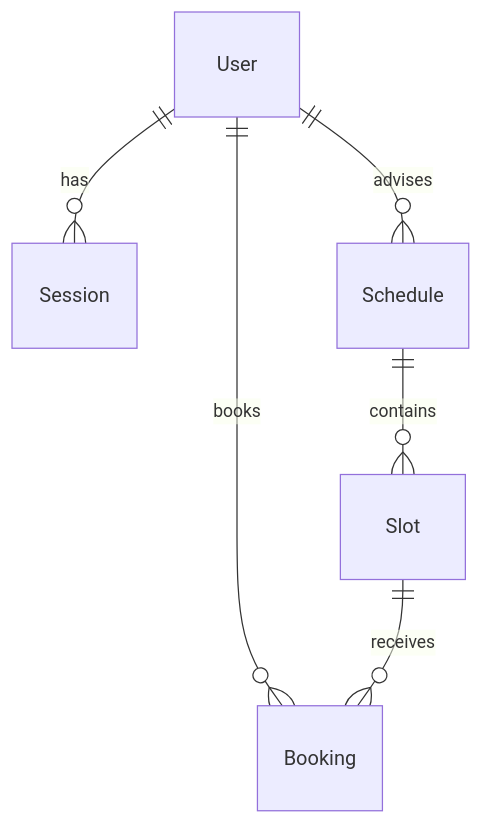
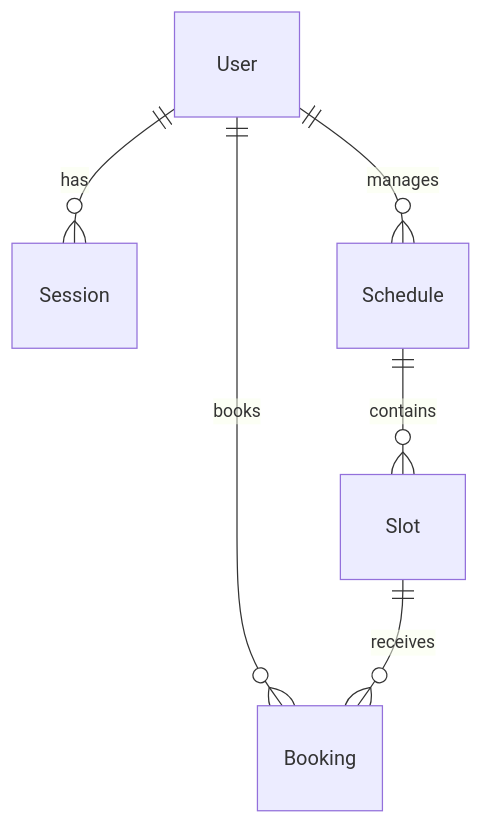
One commit to alvin777777/hairroot changed the second of 2 diagrams in docs/system-sds.md. Above: the diagram before and after it, drawn with Mermaid. The commit also changed other lines of this file and 40 other files, not shown here.

````diff
--- a/docs/system-sds.md
+++ b/docs/system-sds.md
@@ -30,8 +30,8 @@
 ```mermaid
 erDiagram
   User ||--o{ Session : has
-  User ||--o{ Schedule : "advises"
+  User ||--o{ Schedule : "manages"
   User ||--o{ Booking : "books"
   Schedule ||--o{ Slot : contains
   Slot ||--o{ Booking : "receives"
 ```
````
